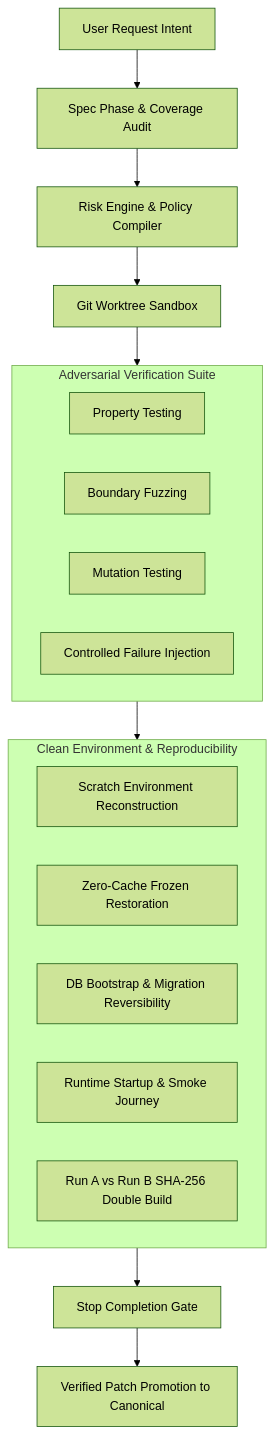
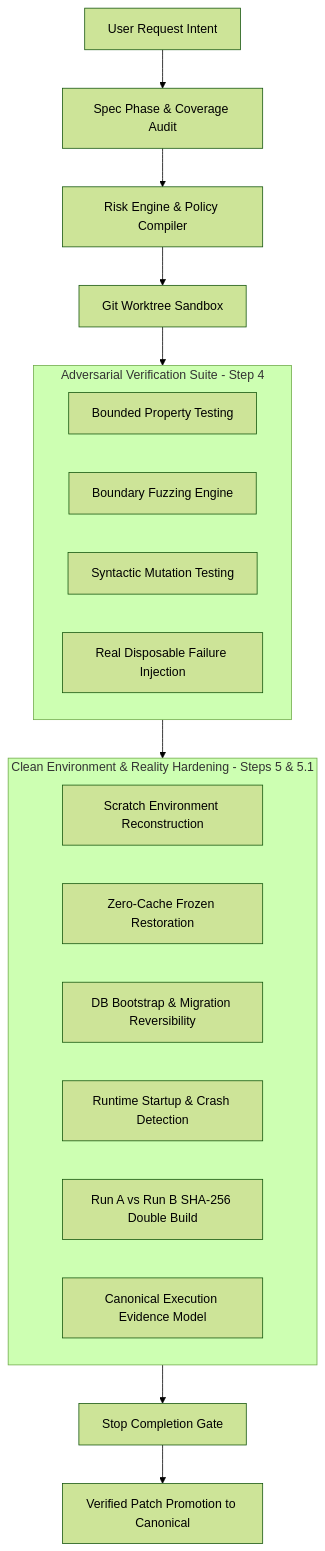
One commit to WinierKingYT/antigravityflash changed the diagram in README.md. Above: the diagram before and after it, drawn with Mermaid (forest theme). The commit also changed other lines of this file and 36 other files, not shown here.

Commit message:
feat: Step 5.1 Reality Gap Hardening, Execution Evidence Model, and Canonical Packaging

````diff
--- a/README.md
+++ b/README.md
@@ -15,27 +24,28 @@
 ```mermaid
 flowchart TD
     Req[User Request Intent] --> SpecLock[Spec Phase & Coverage Audit]
     SpecLock --> RiskEng[Risk Engine & Policy Compiler]
     RiskEng --> SandBox[Git Worktree Sandbox]
     
-    subgraph AdvEngines [Adversarial Verification Suite]
-        Prop[Property Testing]
-        Fuzz[Boundary Fuzzing]
-        Mut[Mutation Testing]
-        Fault[Controlled Failure Injection]
+    subgraph AdvEngines [Adversarial Verification Suite - Step 4]
+        Prop[Bounded Property Testing]
+        Fuzz[Boundary Fuzzing Engine]
+        Mut[Syntactic Mutation Testing]
+        Fault[Real Disposable Failure Injection]
     end
     
     SandBox --> AdvEngines
     
-    subgraph CleanEnvFactory [Clean Environment & Reproducibility]
+    subgraph CleanEnvFactory [Clean Environment & Reality Hardening - Steps 5 & 5.1]
         FreshEnv[Scratch Environment Reconstruction]
         ZeroCache[Zero-Cache Frozen Restoration]
         DBVerify[DB Bootstrap & Migration Reversibility]
-        Smoke[Runtime Startup & Smoke Journey]
+        Smoke[Runtime Startup & Crash Detection]
         DoubleBuild[Run A vs Run B SHA-256 Double Build]
+        ExecModel[Canonical Execution Evidence Model]
     end
     
     AdvEngines --> CleanEnvFactory
     CleanEnvFactory --> StopGate[Stop Completion Gate]
     StopGate --> Promotion[Verified Patch Promotion to Canonical]
 ```
````
